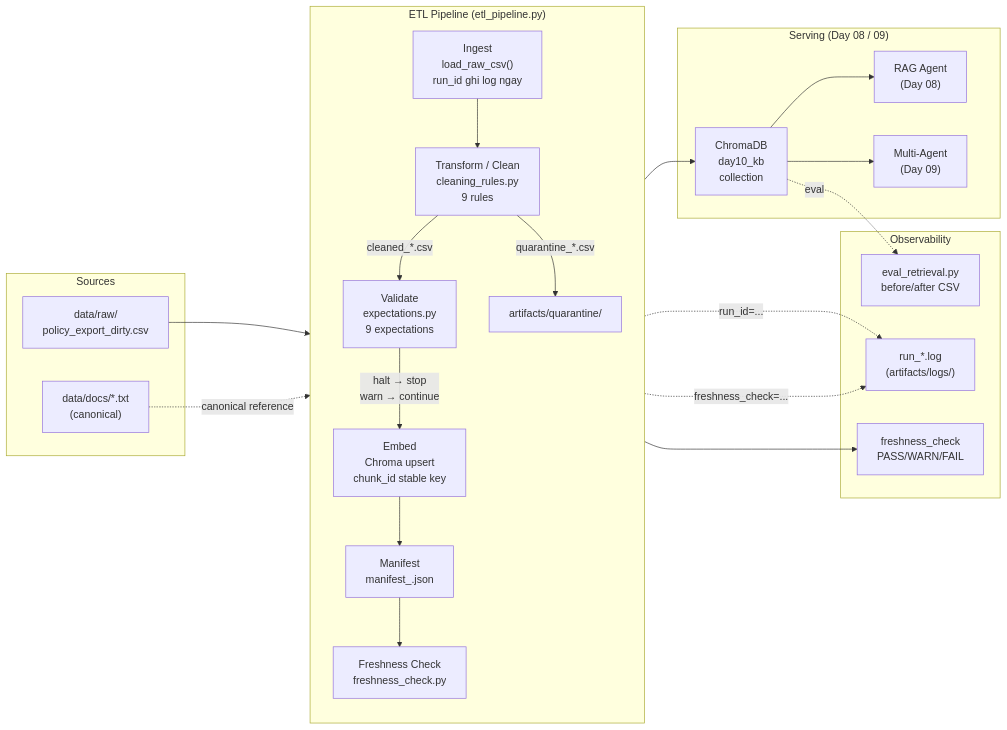
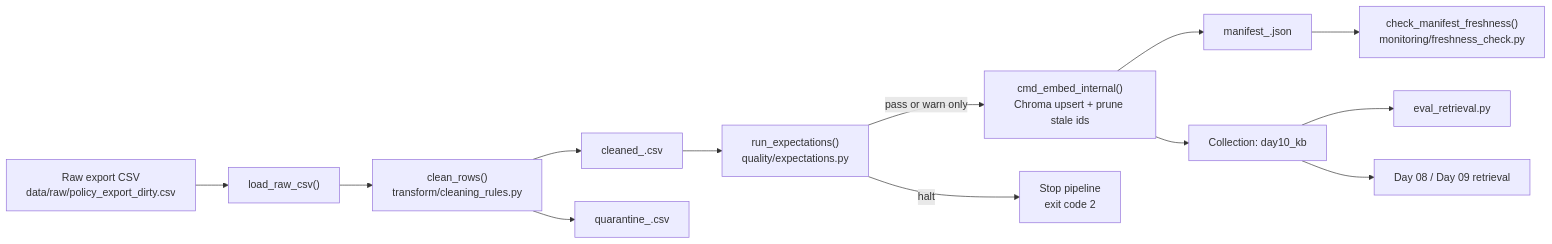
One commit to edward1503/Day8-Lab8-9-10 changed the diagram in day10/lab/docs/pipeline_architecture.md. Above: the diagram before and after it, drawn with Mermaid. The commit also changed other lines of this file and 2 other files, not shown here.

````diff
--- a/day10/lab/docs/pipeline_architecture.md
+++ b/day10/lab/docs/pipeline_architecture.md
@@ -11,46 +29,21 @@
 ```mermaid
 flowchart LR
-    subgraph SOURCES["Sources"]
-        S1["data/raw/\npolicy_export_dirty.csv"]
-        S2["data/docs/*.txt\n(canonical)"]
-    end
-
-    subgraph PIPELINE["ETL Pipeline (etl_pipeline.py)"]
-        direction TB
-        A["Ingest\nload_raw_csv()\nrun_id ghi log ngay"]
-        B["Transform / Clean\ncleaning_rules.py\n9 rules"]
-        C["Validate\nexpectations.py\n9 expectations"]
-        D["Embed\nChroma upsert\nchunk_id stable key"]
-        E["Manifest\nmanifest_<run_id>.json"]
-        F["Freshness Check\nfreshness_check.py"]
-
-        A --> B
-        B -->|"cleaned_*.csv"| C
-        B -->|"quarantine_*.csv"| Q["artifacts/quarantine/"]
-        C -->|"halt → stop\nwarn → continue"| D
-        D --> E
-        E --> F
-    end
-
-    subgraph SERVING["Serving (Day 08 / 09)"]
-        G["ChromaDB\nday10_kb\ncollection"]
-        H["RAG Agent\n(Day 08)"]
-        I["Multi-Agent\n(Day 09)"]
-        G --> H
-        G --> I
-    end
-
-    subgraph MONITORING["Observability"]
-        M1["run_*.log\n(artifacts/logs/)"]
-        M2["freshness_check\nPASS/WARN/FAIL"]
-        M3["eval_retrieval.py\nbefore/after CSV"]
-    end
-
-    S1 --> A
-    S2 -.->|"canonical reference"| B
-    D --> G
-    A -.->|"run_id=..."| M1
-    F -.->|"freshness_check=..."| M1
-    F --> M2
-    G -.->|"eval"| M3
+    A["Raw export CSV
+data/raw/policy_export_dirty.csv"] --> B["load_raw_csv()"]
+    B --> C["clean_rows()
+transform/cleaning_rules.py"]
+    C --> D["cleaned_<run_id>.csv"]
+    C --> E["quarantine_<run_id>.csv"]
+    D --> F["run_expectations()
+quality/expectations.py"]
+    F -->|pass or warn only| G["cmd_embed_internal()
+Chroma upsert + prune stale ids"]
+    F -->|halt| X["Stop pipeline
+exit code 2"]
+    G --> H["manifest_<run_id>.json"]
+    H --> I["check_manifest_freshness()
+monitoring/freshness_check.py"]
+    G --> J["Collection: day10_kb"]
+    J --> K["eval_retrieval.py"]
+    J --> L["Day 08 / Day 09 retrieval"]
 ```
````
